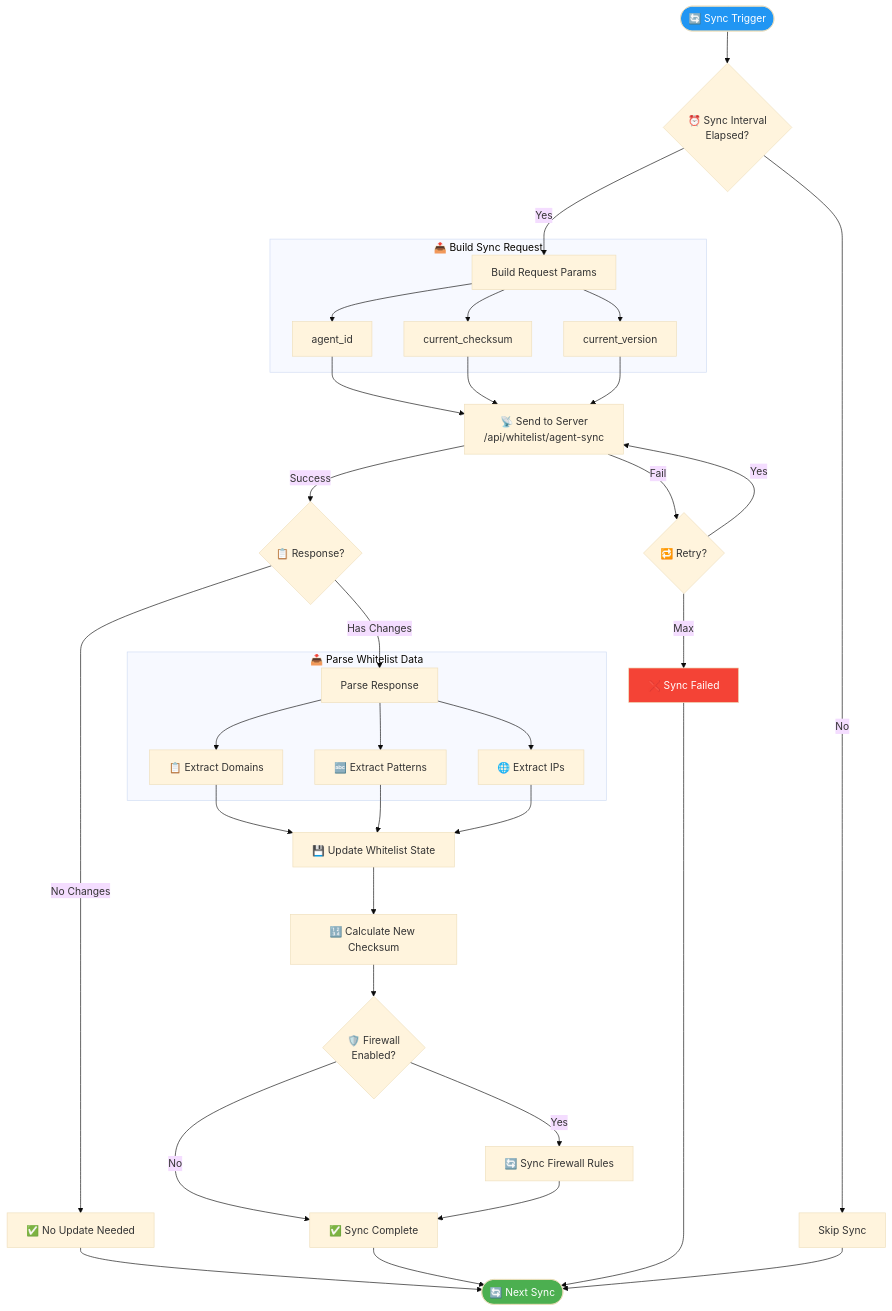
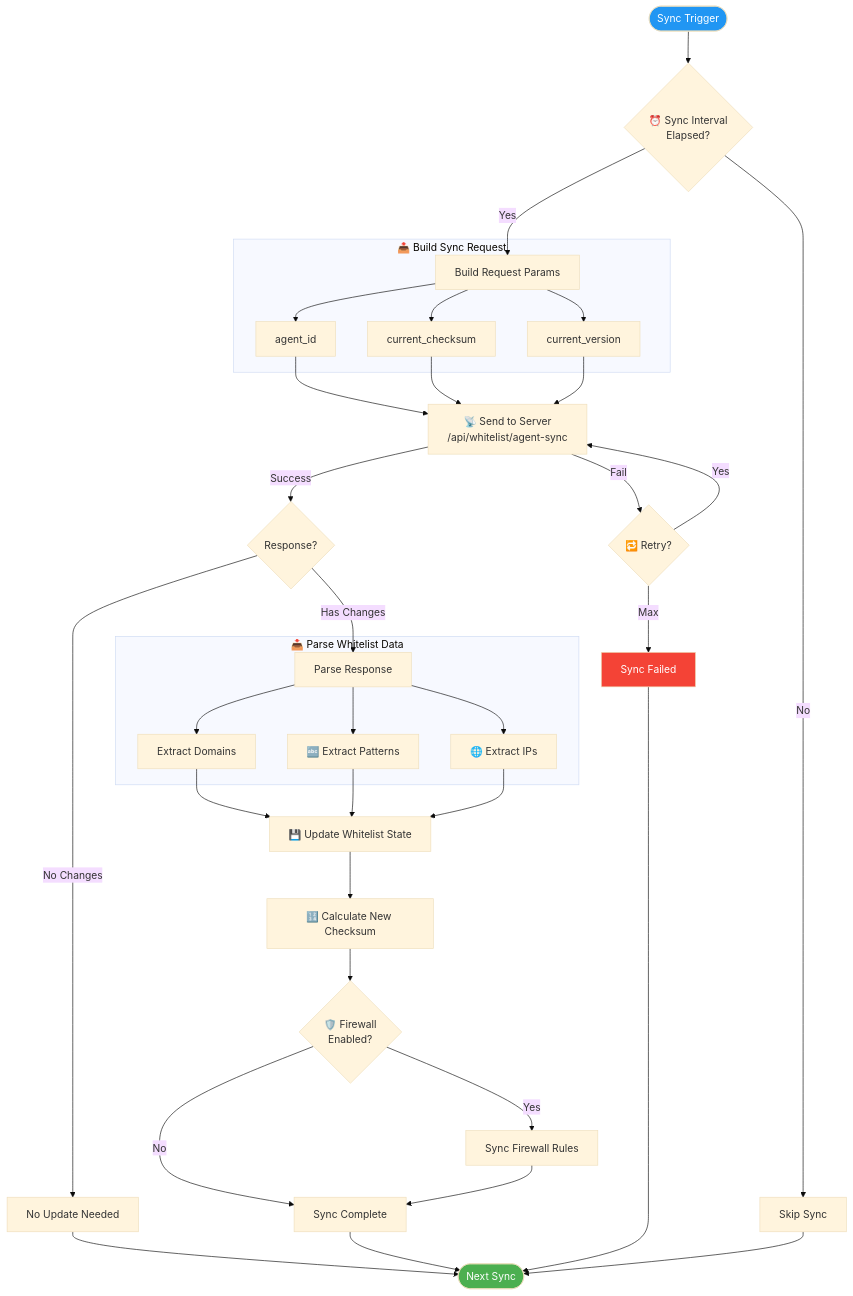
One commit to Son0ngu/Centralized_Network_Access_Control_System_for_Computer_Labs changed the sixth of 13 diagrams in docs/diagrams/FLOW_DIAGRAMS.md. Above: the diagram before and after it, drawn with Mermaid (base theme). The commit also changed other lines of this file and 65 other files, not shown here.

````diff
--- a/docs/diagrams/FLOW_DIAGRAMS.md
+++ b/docs/diagrams/FLOW_DIAGRAMS.md
@@ -308,58 +308,58 @@
 ```mermaid
 flowchart TD
-    TRIGGER([🔄 Sync Trigger]) --> CHECK_INTERVAL{"⏰ Sync Interval<br/>Elapsed?"}
+    TRIGGER([Sync Trigger]) --> CHECK_INTERVAL{"⏰ Sync Interval<br/>Elapsed?"}
     
     CHECK_INTERVAL --> |No| SKIP_SYNC["Skip Sync"]
     CHECK_INTERVAL --> |Yes| BUILD_REQUEST
     
     subgraph "📤 Build Sync Request"
         BUILD_REQUEST["Build Request Params"]
         BUILD_REQUEST --> AGENT_ID["agent_id"]
         BUILD_REQUEST --> CHECKSUM["current_checksum"]
         BUILD_REQUEST --> VERSION["current_version"]
     end
     
     AGENT_ID --> SEND_REQUEST
     CHECKSUM --> SEND_REQUEST
     VERSION --> SEND_REQUEST
     
     SEND_REQUEST["📡 Send to Server<br/>/api/whitelist/agent-sync"]
     
-    SEND_REQUEST --> |Success| CHECK_RESPONSE{"📋 Response?"}
+    SEND_REQUEST --> |Success| CHECK_RESPONSE{"Response?"}
     SEND_REQUEST --> |Fail| RETRY{"🔁 Retry?"}
     
     RETRY --> |Yes| SEND_REQUEST
-    RETRY --> |Max| SYNC_FAIL["❌ Sync Failed"]
+    RETRY --> |Max| SYNC_FAIL["Sync Failed"]
     
-    CHECK_RESPONSE --> |No Changes| NO_UPDATE["✅ No Update Needed"]
+    CHECK_RESPONSE --> |No Changes| NO_UPDATE["No Update Needed"]
     CHECK_RESPONSE --> |Has Changes| PARSE_DATA
     
     subgraph "📥 Parse Whitelist Data"
         PARSE_DATA["Parse Response"]
-        PARSE_DATA --> DOMAINS["📋 Extract Domains"]
+        PARSE_DATA --> DOMAINS["Extract Domains"]
         PARSE_DATA --> PATTERNS["🔤 Extract Patterns"]
         PARSE_DATA --> IPS["🌐 Extract IPs"]
     end
     
     DOMAINS --> UPDATE_STATE
     PATTERNS --> UPDATE_STATE
     IPS --> UPDATE_STATE
     
     UPDATE_STATE["💾 Update Whitelist State"]
     UPDATE_STATE --> CALC_CHECKSUM["🔢 Calculate New Checksum"]
     
     CALC_CHECKSUM --> CHECK_FW{"🛡️ Firewall<br/>Enabled?"}
-    CHECK_FW --> |Yes| SYNC_FW["🔄 Sync Firewall Rules"]
+    CHECK_FW --> |Yes| SYNC_FW["Sync Firewall Rules"]
     CHECK_FW --> |No| SYNC_COMPLETE
     
-    SYNC_FW --> SYNC_COMPLETE["✅ Sync Complete"]
+    SYNC_FW --> SYNC_COMPLETE["Sync Complete"]
     
-    NO_UPDATE --> DONE([🔄 Next Sync])
+    NO_UPDATE --> DONE([Next Sync])
     SYNC_COMPLETE --> DONE
     SYNC_FAIL --> DONE
     SKIP_SYNC --> DONE
     
     style TRIGGER fill:#2196F3,color:#fff
     style DONE fill:#4CAF50,color:#fff
     style SYNC_FAIL fill:#f44336,color:#fff
 ```
````
